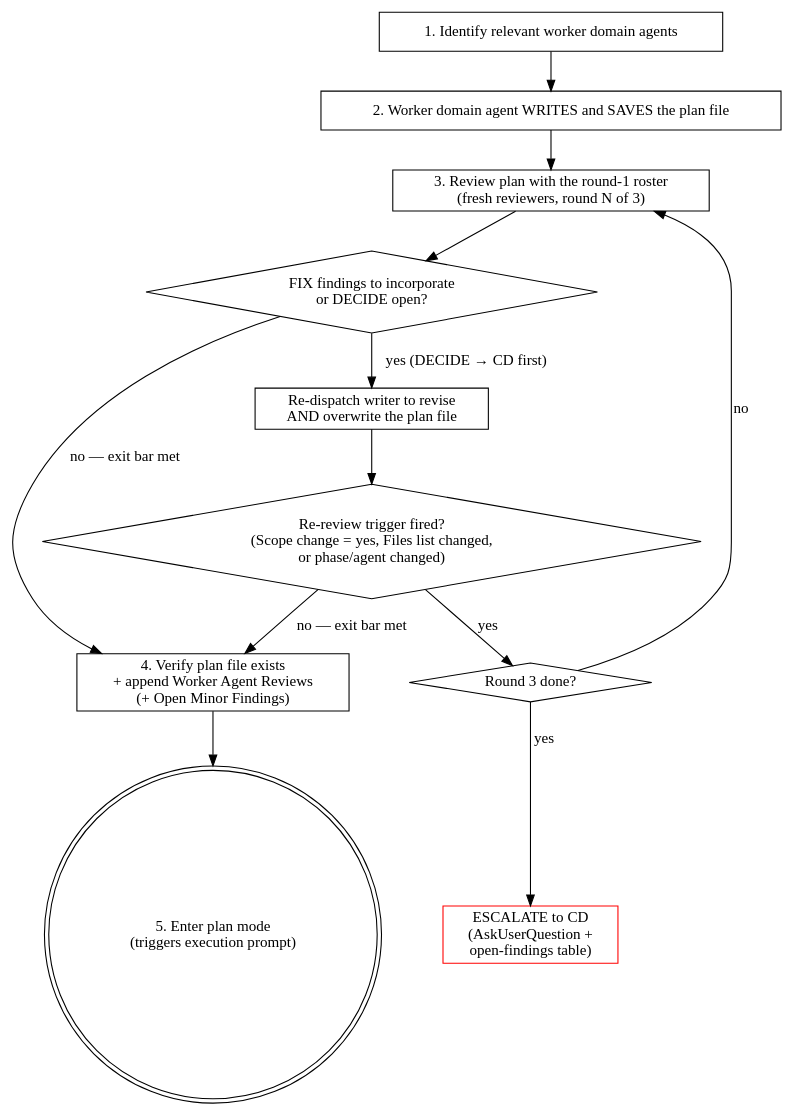
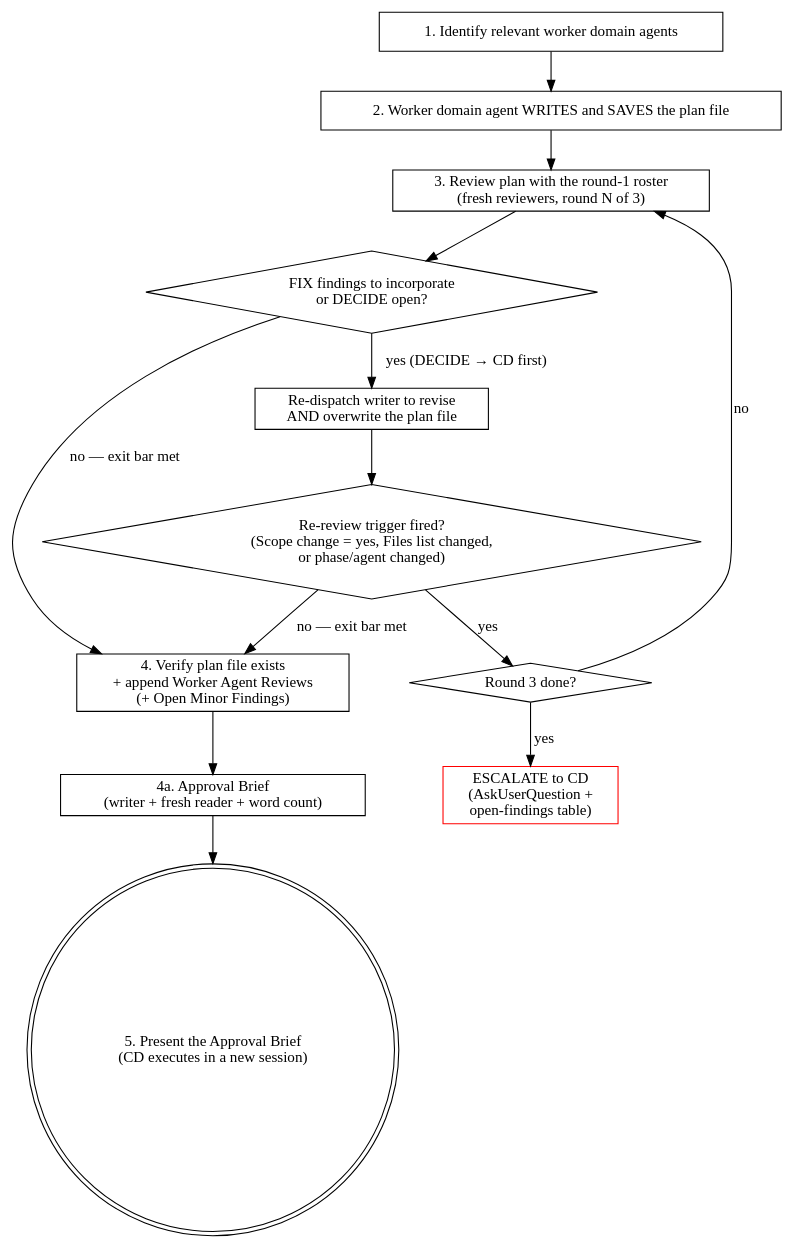
One commit to Inpacchi/cc-sdlc changed the diagram in skills/sdlc-lite-plan/SKILL.md. Above: the diagram before and after it, drawn with Graphviz. The commit also changed other lines of this file and 18 other files, not shown here.

````diff
--- a/skills/sdlc-lite-plan/SKILL.md
+++ b/skills/sdlc-lite-plan/SKILL.md
@@ -58,28 +61,30 @@
 ```dot
 digraph sdlc_lite_planning {
     rankdir=TB;
 
     "1. Identify relevant worker domain agents" [shape=box];
     "2. Worker domain agent WRITES and SAVES the plan file" [shape=box];
     "3. Review plan with the round-1 roster\n(fresh reviewers, round N of 3)" [shape=box];
     "FIX findings to incorporate\nor DECIDE open?" [shape=diamond];
     "Re-dispatch writer to revise\nAND overwrite the plan file" [shape=box];
     "Re-review trigger fired?\n(Scope change = yes, Files list changed,\nor phase/agent changed)" [shape=diamond];
     "Round 3 done?" [shape=diamond];
     "ESCALATE to CD\n(AskUserQuestion +\nopen-findings table)" [shape=box, color=red];
     "4. Verify plan file exists\n+ append Worker Agent Reviews\n(+ Open Minor Findings)" [shape=box];
-    "5. Enter plan mode\n(triggers execution prompt)" [shape=doublecircle];
+    "4a. Approval Brief\n(writer + fresh reader + word count)" [shape=box];
+    "5. Present the Approval Brief\n(CD executes in a new session)" [shape=doublecircle];
 
     "1. Identify relevant worker domain agents" -> "2. Worker domain agent WRITES and SAVES the plan file";
     "2. Worker domain agent WRITES and SAVES the plan file" -> "3. Review plan with the round-1 roster\n(fresh reviewers, round N of 3)";
     "3. Review plan with the round-1 roster\n(fresh reviewers, round N of 3)" -> "FIX findings to incorporate\nor DECIDE open?";
     "FIX findings to incorporate\nor DECIDE open?" -> "Re-dispatch writer to revise\nAND overwrite the plan file" [label="yes (DECIDE → CD first)"];
     "Re-dispatch writer to revise\nAND overwrite the plan file" -> "Re-review trigger fired?\n(Scope change = yes, Files list changed,\nor phase/agent changed)";
     "Re-review trigger fired?\n(Scope change = yes, Files list changed,\nor phase/agent changed)" -> "4. Verify plan file exists\n+ append Worker Agent Reviews\n(+ Open Minor Findings)" [label="no — exit bar met"];
     "Re-review trigger fired?\n(Scope change = yes, Files list changed,\nor phase/agent changed)" -> "Round 3 done?" [label="yes"];
     "Round 3 done?" -> "3. Review plan with the round-1 roster\n(fresh reviewers, round N of 3)" [label="no"];
     "Round 3 done?" -> "ESCALATE to CD\n(AskUserQuestion +\nopen-findings table)" [label="yes"];
     "FIX findings to incorporate\nor DECIDE open?" -> "4. Verify plan file exists\n+ append Worker Agent Reviews\n(+ Open Minor Findings)" [label="no — exit bar met"];
-    "4. Verify plan file exists\n+ append Worker Agent Reviews\n(+ Open Minor Findings)" -> "5. Enter plan mode\n(triggers execution prompt)";
+    "4. Verify plan file exists\n+ append Worker Agent Reviews\n(+ Open Minor Findings)" -> "4a. Approval Brief\n(writer + fresh reader + word count)";
+    "4a. Approval Brief\n(writer + fresh reader + word count)" -> "5. Present the Approval Brief\n(CD executes in a new session)";
 }
 ```
````
